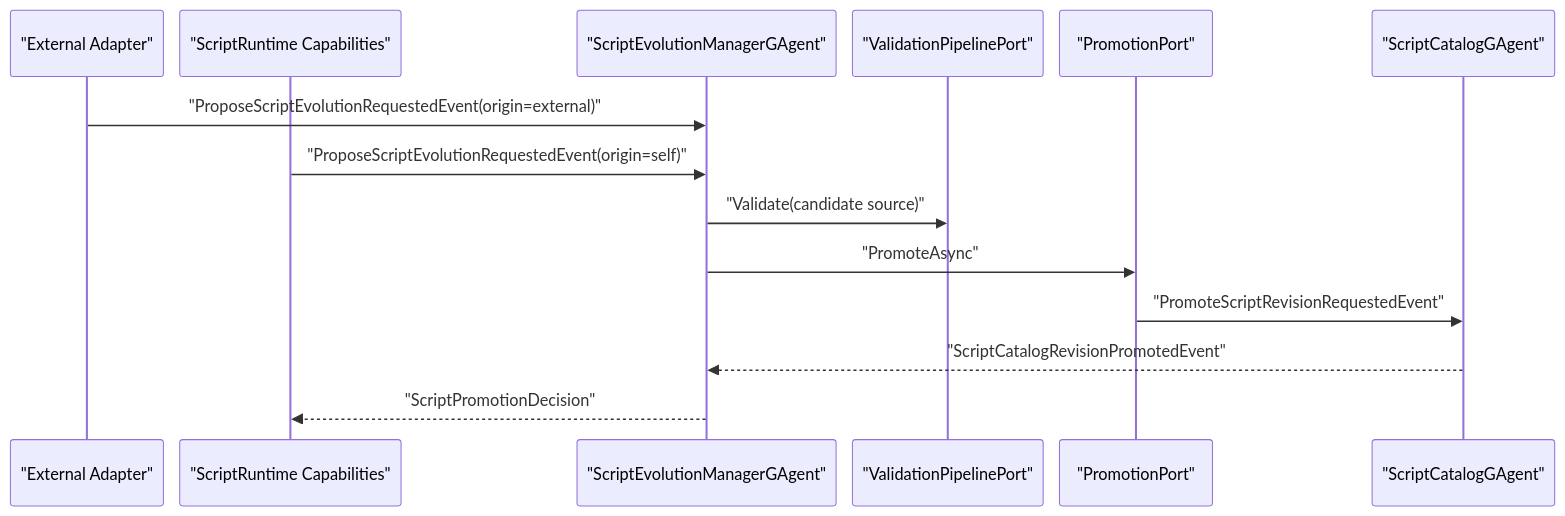
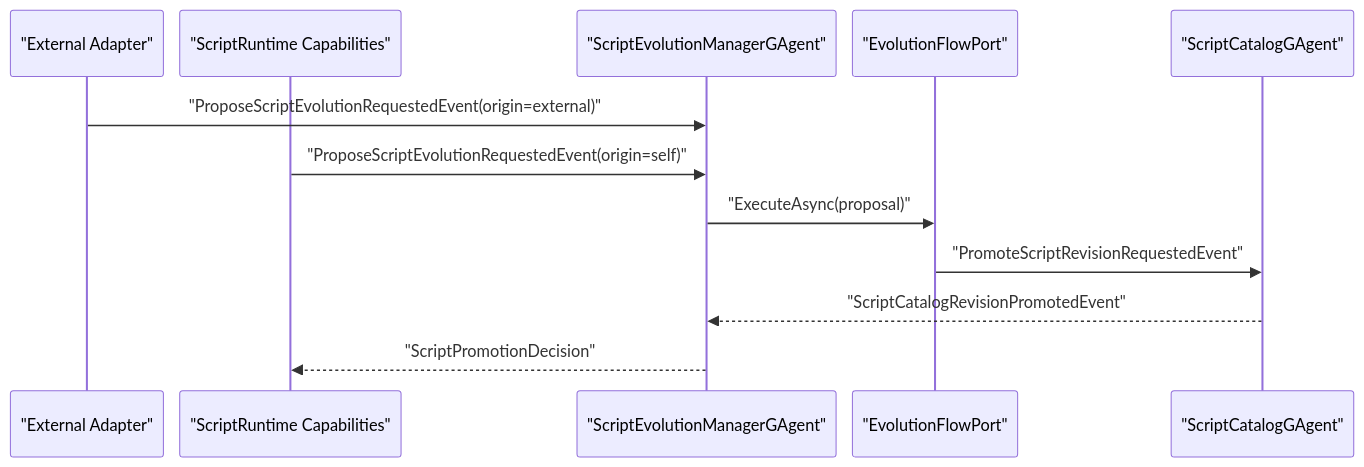
Before and after one commit to aevatarAI/aevatar: the second of 2 diagrams in docs/SCRIPTING_ARCHITECTURE.md, drawn with Mermaid. The commit also changed other lines of this file and 18 other files, not shown here.

First line of the commit message:
Refactor Aevatar.Scripting architecture to enhance script evolution management

````diff
--- a/docs/SCRIPTING_ARCHITECTURE.md
+++ b/docs/SCRIPTING_ARCHITECTURE.md
@@ -174,18 +180,16 @@
 ```mermaid
 %%{init: {"maxTextSize": 100000, "flowchart": {"useMaxWidth": false, "nodeSpacing": 10, "rankSpacing": 50}, "sequence": {"useMaxWidth": false, "actorMargin": 16, "messageMargin": 12, "diagramMarginX": 20, "diagramMarginY": 10}, "themeVariables": {"fontSize": "10px"}}}%%
 sequenceDiagram
     participant EXT as "External Adapter"
     participant RT as "ScriptRuntime Capabilities"
     participant EVO as "ScriptEvolutionManagerGAgent"
-    participant VAL as "ValidationPipelinePort"
-    participant PRO as "PromotionPort"
+    participant FLOW as "EvolutionFlowPort"
     participant CAT as "ScriptCatalogGAgent"
 
     EXT->>EVO: "ProposeScriptEvolutionRequestedEvent(origin=external)"
     RT->>EVO: "ProposeScriptEvolutionRequestedEvent(origin=self)"
-    EVO->>VAL: "Validate(candidate source)"
-    EVO->>PRO: "PromoteAsync"
-    PRO->>CAT: "PromoteScriptRevisionRequestedEvent"
+    EVO->>FLOW: "ExecuteAsync(proposal)"
+    FLOW->>CAT: "PromoteScriptRevisionRequestedEvent"
     CAT-->>EVO: "ScriptCatalogRevisionPromotedEvent"
     EVO-->>RT: "ScriptPromotionDecision"
 ```
````
